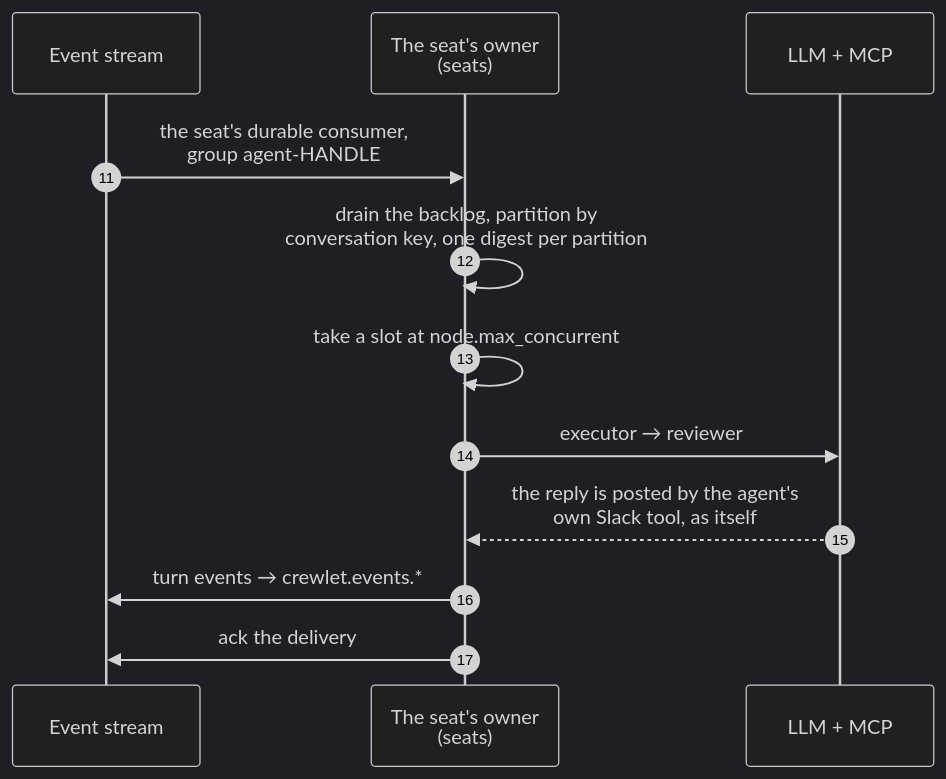
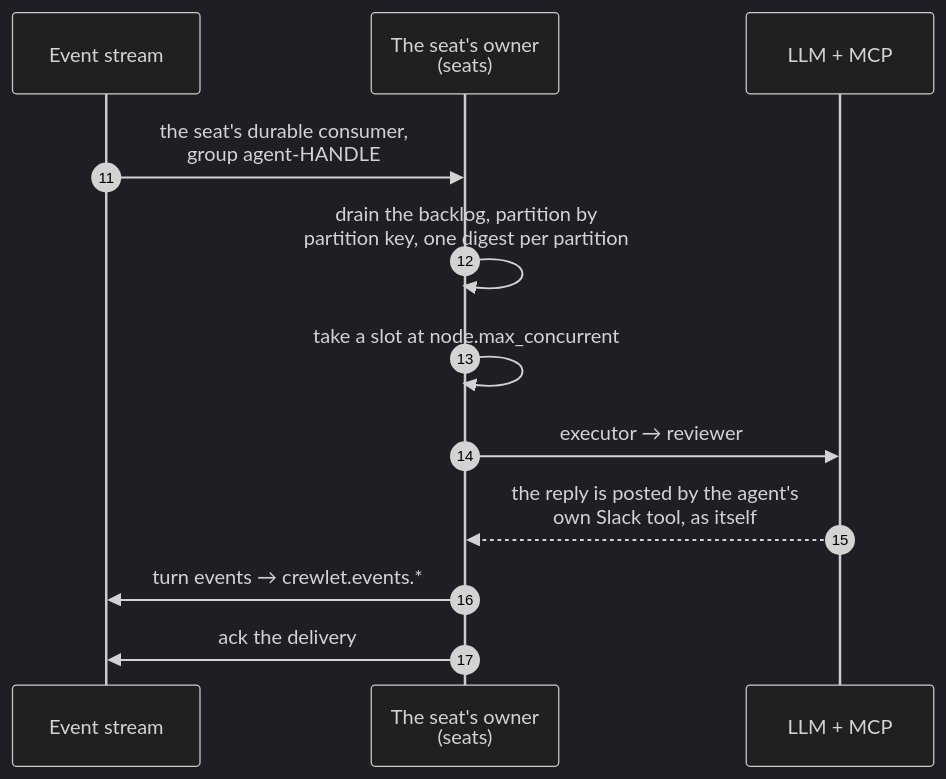
The seventh of 10 diagrams in docs/concepts/architecture.md (crewlet/crewlet), drawn with Mermaid (dark theme) before and after one commit. The commit also changed other lines of this file and 56 other files, not shown here.

````diff
--- a/docs/concepts/architecture.md
+++ b/docs/concepts/architecture.md
@@ -325,15 +325,15 @@
 ```mermaid
 sequenceDiagram
     autonumber 11
     participant S as Event stream
     participant O as The seat's owner<br/>(seats)
     participant M as LLM + MCP
 
     S->>O: the seat's durable consumer,<br/>group agent-HANDLE
-    O->>O: drain the backlog, partition by<br/>conversation key, one digest per partition
+    O->>O: drain the backlog, partition by<br/>partition key, one digest per partition
     O->>O: take a slot at node.max_concurrent
     O->>M: executor → reviewer
     M-->>O: the reply is posted by the agent's<br/>own Slack tool, as itself
     O->>S: turn events → crewlet.events.*
     O->>S: ack the delivery
 ```
````
